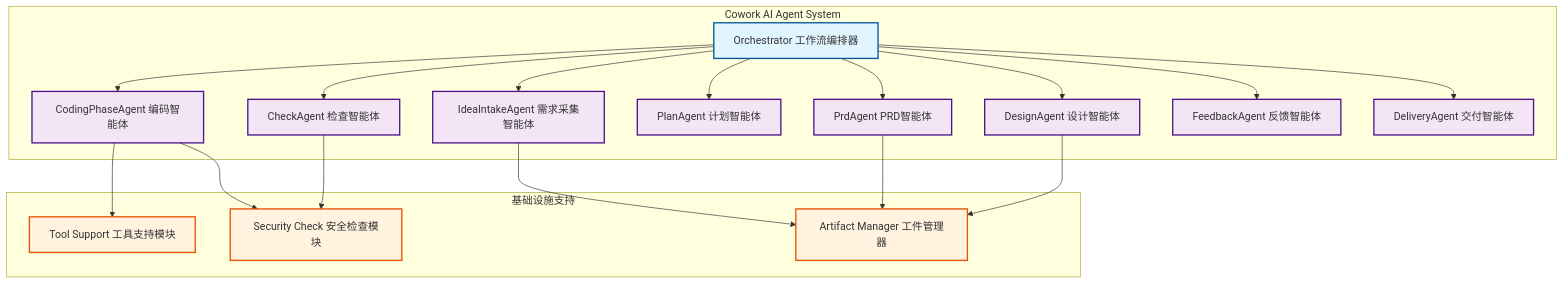
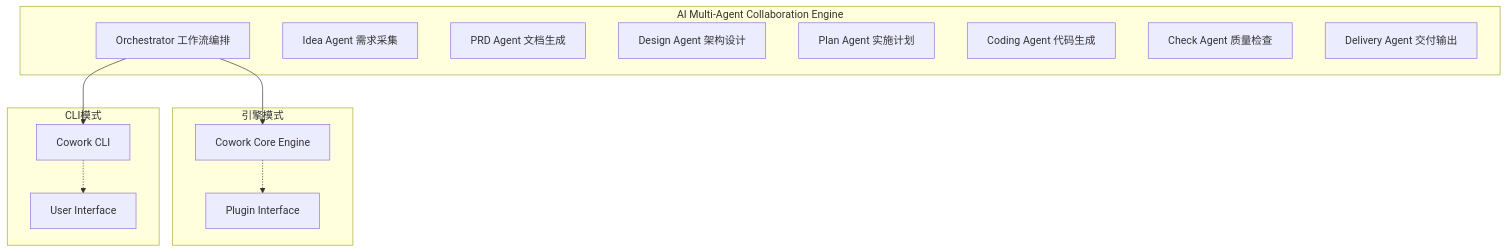
The diagram in README.md (sopaco/cowork-forge), drawn with Mermaid before and after one commit. The commit also changed other lines of this file and 1 other file, not shown here.

````diff
--- a/README.md
+++ b/README.md
@@ -25,49 +28,28 @@
 ```mermaid
 graph TB
-    subgraph "Cowork AI Agent System"
-        A[Orchestrator 工作流编排器]
-        B[IdeaIntakeAgent 需求采集智能体]
-        C[PrdAgent PRD智能体]
-        D[DesignAgent 设计智能体]
-        E[PlanAgent 计划智能体]
-        F[CodingPhaseAgent 编码智能体]
-        G[CheckAgent 检查智能体]
-        H[FeedbackAgent 反馈智能体]
-        I[DeliveryAgent 交付智能体]
+    subgraph "AI Multi-Agent Collaboration Engine"
+        A[Orchestrator 工作流编排]
+        B[Idea Agent 需求采集]
+        C[PRD Agent 文档生成]
+        D[Design Agent 架构设计]
+        E[Plan Agent 实施计划]
+        F[Coding Agent 代码生成]
+        G[Check Agent 质量检查]
+        H[Delivery Agent 交付输出]
     end
     
-    subgraph "基础设施支持"
-        J[Tool Support 工具支持模块]
-        K[Security Check 安全检查模块]
-        L[Artifact Manager 工件管理器]
+    subgraph "引擎模式"
+        I[Cowork Core Engine]
+        J[Plugin Interface]
     end
     
-    A --> B
-    A --> C
-    A --> D
-    A --> E
-    A --> F
-    A --> G
-    A --> H
+    subgraph "CLI模式"
+        K[Cowork CLI]
+        L[User Interface]
+    end
+    
     A --> I
-    
-    B --> L
-    C --> L
-    D --> L
-    F --> J
-    F --> K
-    G --> K
-    
-    style A fill:#e1f5fe,stroke:#01579b,stroke-width:2px
-    style B fill:#f3e5f5,stroke:#4a148c,stroke-width:2px
-    style C fill:#f3e5f5,stroke:#4a148c,stroke-width:2px
-    style D fill:#f3e5f5,stroke:#4a148c,stroke-width:2px
-    style E fill:#f3e5f5,stroke:#4a148c,stroke-width:2px
-    style F fill:#f3e5f5,stroke:#4a148c,stroke-width:2px
-    style G fill:#f3e5f5,stroke:#4a148c,stroke-width:2px
-    style H fill:#f3e5f5,stroke:#4a148c,stroke-width:2px
-    style I fill:#f3e5f5,stroke:#4a148c,stroke-width:2px
-    style J fill:#fff3e0,stroke:#e65100,stroke-width:2px
-    style K fill:#fff3e0,stroke:#e65100,stroke-width:2px
-    style L fill:#fff3e0,stroke:#e65100,stroke-width:2px
+    A --> K
+    I -.-> J
+    K -.-> L
 ```
````
